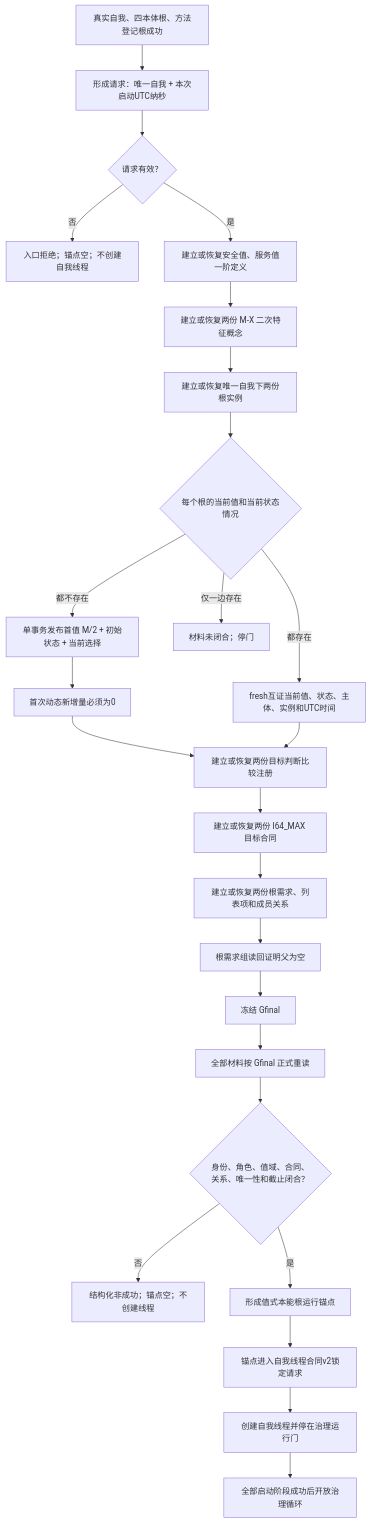
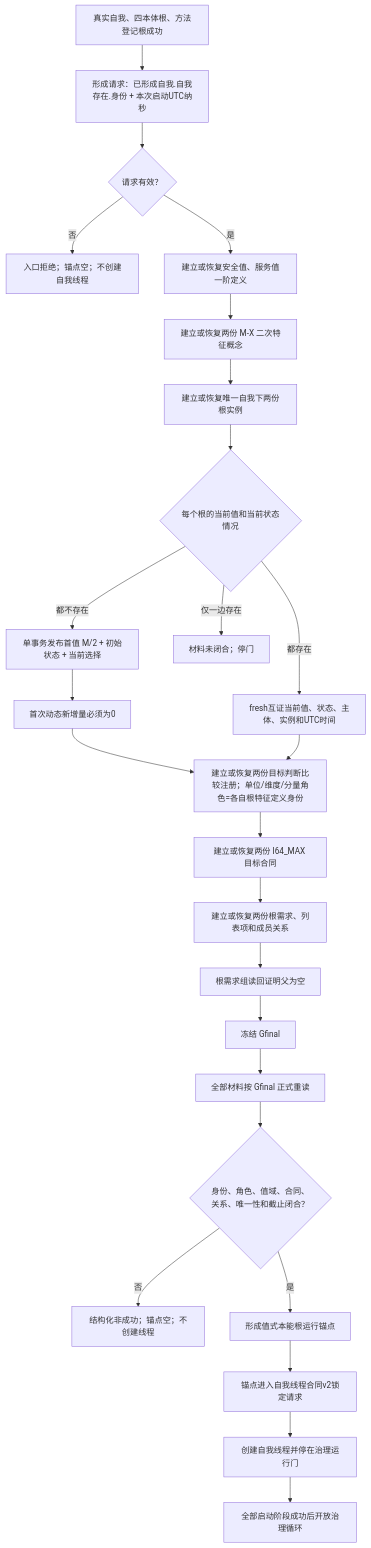
The first of 4 diagrams in 流程图/20260828_INSTINCT-BOOTSTRAP-ROOT-ANCHOR_本能根运行锚点业务流程图_v0.1.md (chunhaizh-cyber/HY-Ego), drawn with Mermaid before and after one commit. The commit also changed 3 other files, not shown here.

````diff
--- a/流程图/20260828_INSTINCT-BOOTSTRAP-ROOT-ANCHOR_本能根运行锚点业务流程图_v0.1.md
+++ b/流程图/20260828_INSTINCT-BOOTSTRAP-ROOT-ANCHOR_本能根运行锚点业务流程图_v0.1.md
@@ -9,27 +9,27 @@
 ```mermaid
 flowchart TD
-    A["真实自我、四本体根、方法登记根成功"] --> B["形成请求：唯一自我 + 本次启动UTC纳秒"]
+    A["真实自我、四本体根、方法登记根成功"] --> B["形成请求：已形成自我.自我存在.身份 + 本次启动UTC纳秒"]
     B --> C{"请求有效？"}
     C -- "否" --> X["入口拒绝；锚点空；不创建自我线程"]
     C -- "是" --> D["建立或恢复安全值、服务值一阶定义"]
     D --> E["建立或恢复两份 M-X 二次特征概念"]
     E --> F["建立或恢复唯一自我下两份根实例"]
     F --> G{"每个根的当前值和当前状态情况"}
     G -- "都不存在" --> H["单事务发布首值 M/2 + 初始状态 + 当前选择"]
     H --> H0["首次动态新增量必须为0"]
     G -- "都存在" --> I["fresh互证当前值、状态、主体、实例和UTC时间"]
     G -- "仅一边存在" --> Y["材料未闭合；停门"]
-    H0 --> J["建立或恢复两份目标判断比较注册"]
+    H0 --> J["建立或恢复两份目标判断比较注册；单位/维度/分量角色=各自根特征定义身份"]
     I --> J
     J --> K["建立或恢复两份 I64_MAX 目标合同"]
     K --> L["建立或恢复两份根需求、列表项和成员关系"]
     L --> M["根需求组读回证明父为空"]
     M --> N["冻结 Gfinal"]
     N --> O["全部材料按 Gfinal 正式重读"]
     O --> P{"身份、角色、值域、合同、关系、唯一性和截止闭合？"}
     P -- "否" --> Z["结构化非成功；锚点空；不创建线程"]
     P -- "是" --> Q["形成值式本能根运行锚点"]
     Q --> R["锚点进入自我线程合同v2锁定请求"]
     R --> S["创建自我线程并停在治理运行门"]
     S --> T["全部启动阶段成功后开放治理循环"]
 ```
````
